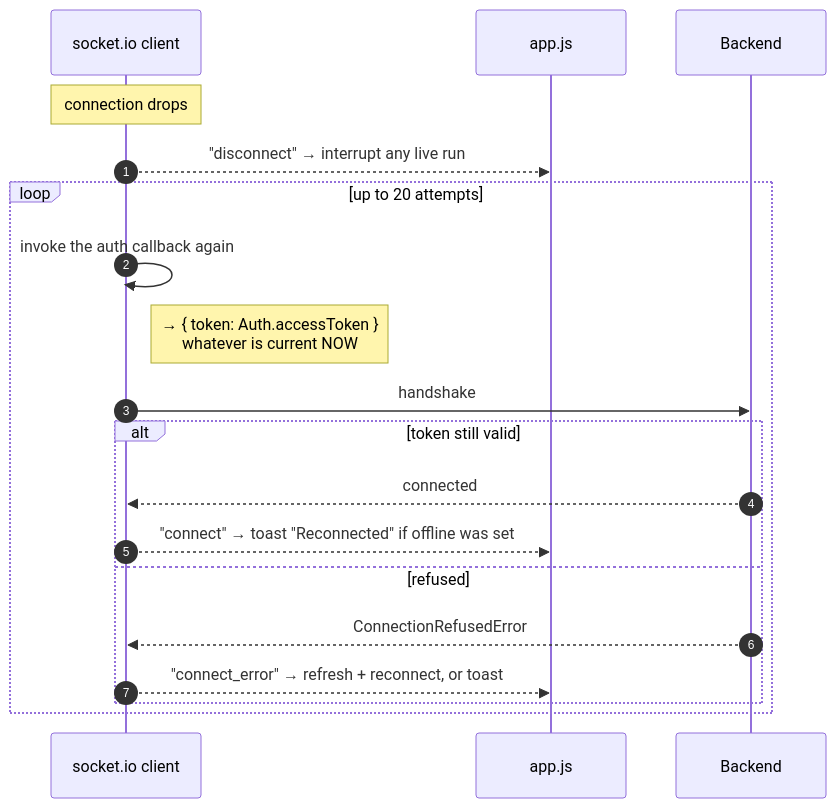
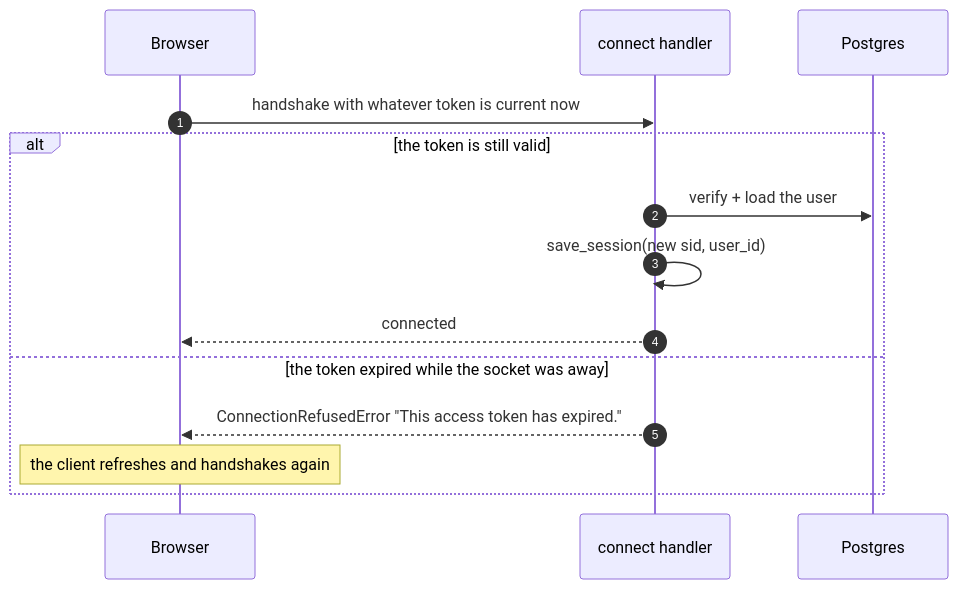
Before and after one commit to selvakumarperumal/Corporate_Filing_Analyzer_Agent: diagram 16 of 20 in docs/FRONTEND-SOCKETIO.md, drawn with Mermaid. The commit also changed other lines of this file and 3 other files, not shown here.

````diff
--- a/docs/FRONTEND-SOCKETIO.md
+++ b/docs/FRONTEND-SOCKETIO.md
@@ -955,22 +1072,17 @@
 ```mermaid
 sequenceDiagram
   autonumber
-  participant S as socket.io client
-  participant App as app.js
-  participant SIO as Backend
+  participant B as Browser
+  participant H as connect handler
+  participant DB as Postgres
 
-  Note over S: connection drops
-  S-->>App: "disconnect" → interrupt any live run
-  loop up to 20 attempts
-    S->>S: invoke the auth callback again
-    Note right of S: → { token: Auth.accessToken }<br/>whatever is current NOW
-    S->>SIO: handshake
-    alt token still valid
-      SIO-->>S: connected
-      S-->>App: "connect" → toast "Reconnected" if offline was set
-    else refused
-      SIO-->>S: ConnectionRefusedError
-      S-->>App: "connect_error" → refresh + reconnect, or toast
-    end
+  B->>H: handshake with whatever token is current now
+  alt the token is still valid
+    H->>DB: verify + load the user
+    H->>H: save_session(new sid, user_id)
+    H-->>B: connected
+  else the token expired while the socket was away
+    H-->>B: ConnectionRefusedError "This access token has expired."
+    Note over B: the client refreshes and handshakes again
   end
 ```
````
